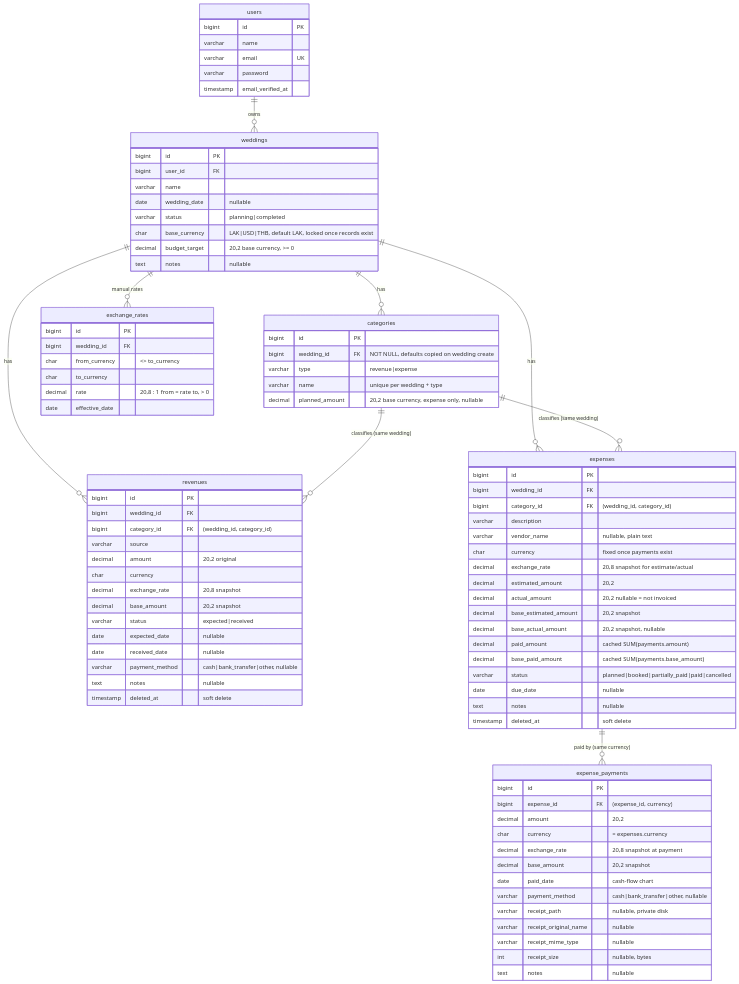
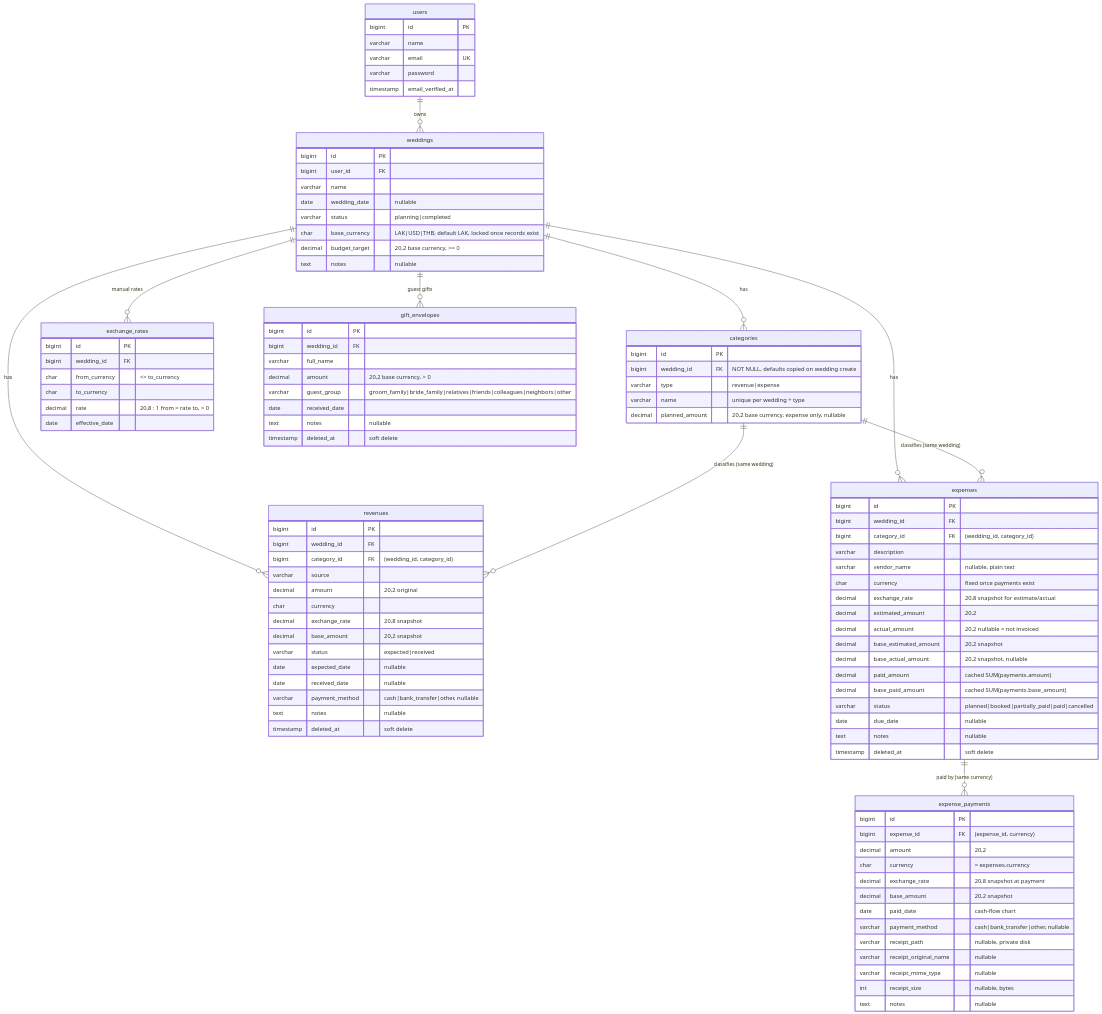
The diagram in backend/database/ERD.md (Gumzhbond17/wedding-budget), drawn with Mermaid before and after one commit. The commit also changed other lines of this file and 55 other files, not shown here.

```diff
--- a/backend/database/ERD.md
+++ b/backend/database/ERD.md
@@ -10,6 +10,7 @@
     weddings ||--o{ exchange_rates : "manual rates"
     weddings ||--o{ revenues : has
     weddings ||--o{ expenses : has
+    weddings ||--o{ gift_envelopes : "guest gifts"
     categories ||--o{ revenues : "classifies (same wedding)"
     categories ||--o{ expenses : "classifies (same wedding)"
     expenses ||--o{ expense_payments : "paid by (same currency)"
@@ -67,6 +68,17 @@
         timestamp deleted_at "soft delete"
     }
 
+    gift_envelopes {
+        bigint id PK
+        bigint wedding_id FK
+        varchar full_name
+        decimal amount "20,2 base currency, > 0"
+        varchar guest_group "groom_family|bride_family|relatives|friends|colleagues|neighbors|other"
+        date received_date
+        text notes "nullable"
+        timestamp deleted_at "soft delete"
+    }
+
     expenses {
         bigint id PK
         bigint wedding_id FK
```
